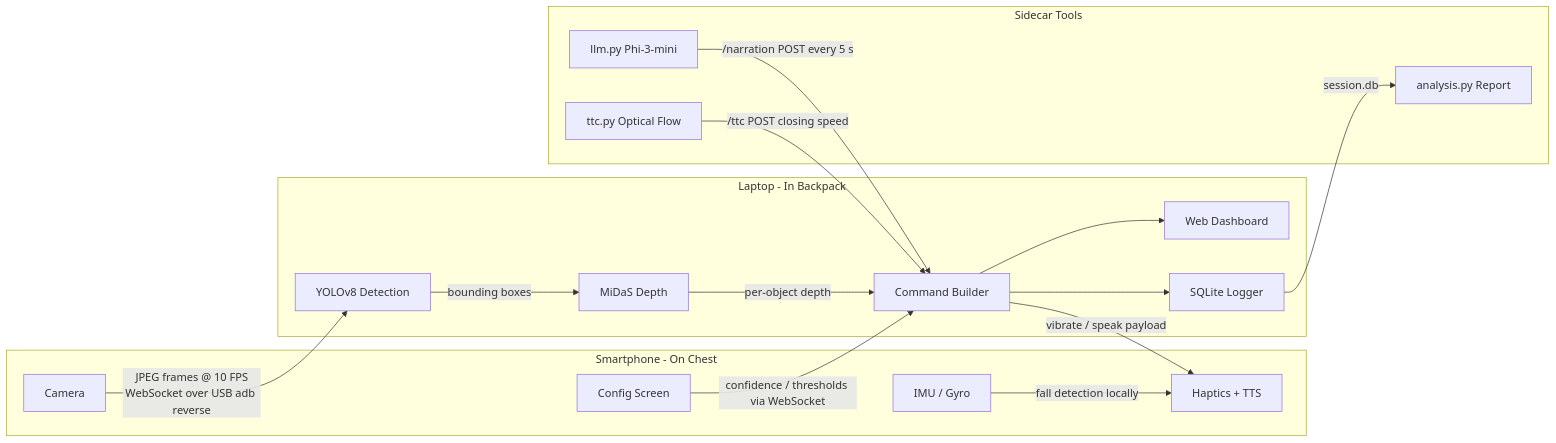
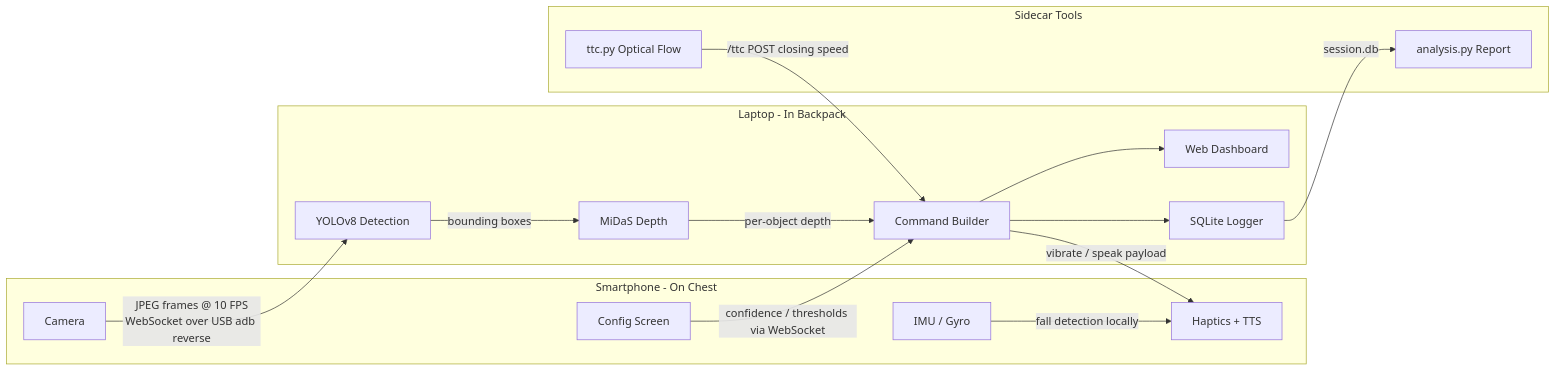
Before and after one commit to waitasecant/nav-assist: the diagram in README.md, drawn with Mermaid. The commit also changed other lines of this file and 5 other files, not shown here.

First line of the commit message:
chore: remove LLM narration functionality and related files

````diff
--- a/README.md
+++ b/README.md
@@ -13,35 +13,33 @@
 ```mermaid
 graph LR
     subgraph Phone [Smartphone - On Chest]
         CAM[Camera]
         IMU[IMU / Gyro]
         FB[Haptics + TTS]
         CFG[Config Screen]
     end
 
     subgraph PC [Laptop - In Backpack]
         YOLO[YOLOv8 Detection]
         MIDAS[MiDaS Depth]
         CMD[Command Builder]
         DASH[Web Dashboard]
         LOG[SQLite Logger]
     end
 
     subgraph Tools [Sidecar Tools]
-        LLM[llm.py Phi-3-mini]
         TTC[ttc.py Optical Flow]
         ANA[analysis.py Report]
     end
 
     CAM -->|JPEG frames @ 10 FPS\nWebSocket over USB adb reverse| YOLO
     YOLO -->|bounding boxes| MIDAS
     MIDAS -->|per-object depth| CMD
     CMD -->|vibrate / speak payload| FB
     IMU -->|fall detection locally| FB
     CFG -->|confidence / thresholds via WebSocket| CMD
     CMD --> LOG
     CMD --> DASH
-    LLM -->|/narration POST every 5 s| CMD
     TTC -->|/ttc POST closing speed| CMD
     LOG -->|session.db| ANA
 ```
````
